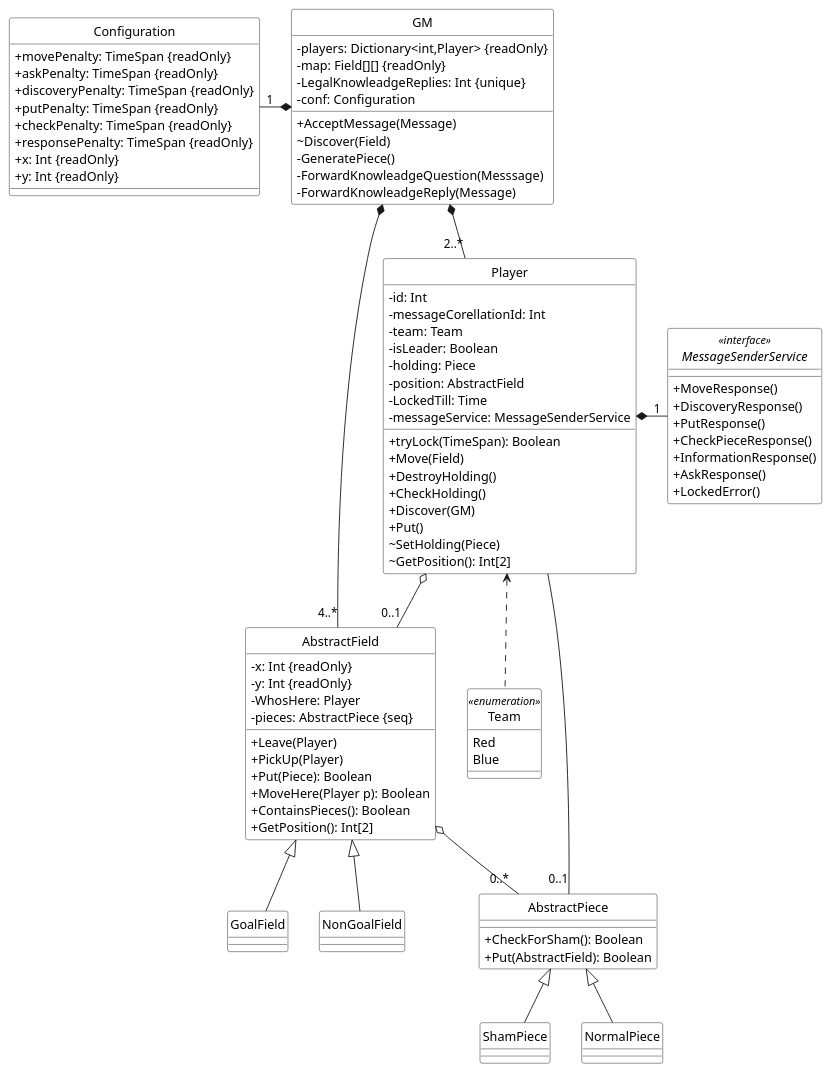
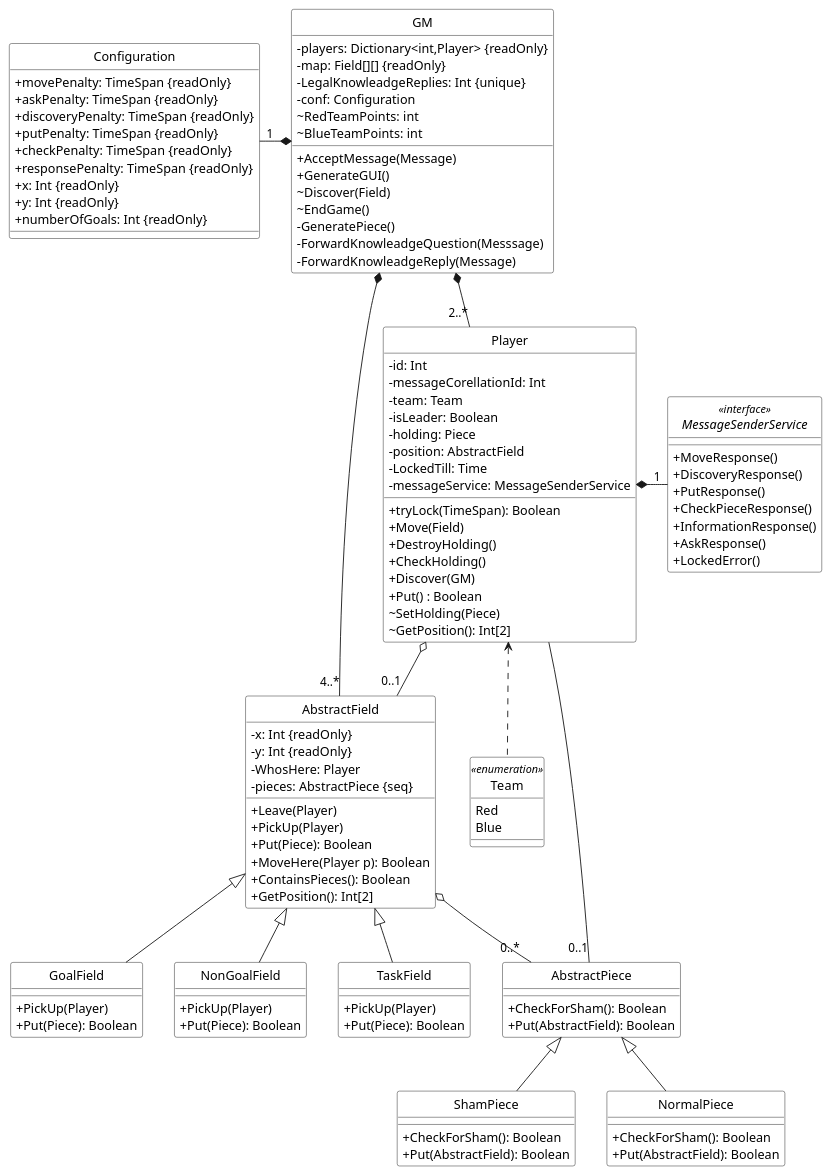
One commit to MINI-IO/IO-project-game changed the diagram in UML/ClassDiagram/GM.puml. Above: the diagram before and after it, drawn with PlantUML. The commit also changed 7 other files, not shown here.

Commit message:
Change Agent class diagram desc

```diff
--- a/UML/ClassDiagram/GM.puml
+++ b/UML/ClassDiagram/GM.puml
@@ -1,115 +1,145 @@
 @startuml
 
 skinparam shadowing false
 skinparam monochrome true
 skinparam classAttributeIconSize 0
 hide circle
 
 skinparam class {
 	BackgroundColor white
 }
 
 AbstractField <|-- GoalField
 AbstractField <|-- NonGoalField
+AbstractField <|-- TaskField
 
 class AbstractField
 {
 - x: Int {readOnly}
 - y: Int {readOnly}
 - WhosHere: Player
 - pieces: AbstractPiece {seq}
 + Leave(Player)
 + PickUp(Player)
 + Put(Piece): Boolean
 + MoveHere(Player p): Boolean
 + ContainsPieces(): Boolean
 + GetPosition(): Int[2]
 }
 
 class GoalField
 {
++ PickUp(Player)
++ Put(Piece): Boolean
+}
+
+class NonGoalField
+{
++ PickUp(Player)
++ Put(Piece): Boolean
+}
+
+class TaskField
+{
++ PickUp(Player)
++ Put(Piece): Boolean
 }
 
 class Configuration
 {
 + movePenalty: TimeSpan {readOnly}
 + askPenalty: TimeSpan {readOnly}
 + discoveryPenalty: TimeSpan {readOnly}
 + putPenalty: TimeSpan {readOnly}
 + checkPenalty: TimeSpan {readOnly}
 + responsePenalty: TimeSpan {readOnly}
 + x: Int {readOnly}
 + y: Int {readOnly}
++ numberOfGoals: Int {readOnly}
 }
 
 GM *-left-"1" Configuration
 
 class GM
 {
-+ AcceptMessage(Message) 
++ AcceptMessage(Message)
++ GenerateGUI()
 ~ Discover(Field)
+~ EndGame()
 - players: Dictionary<int,Player> {readOnly}
 - map: Field[][] {readOnly}
 - LegalKnowleadgeReplies: Int {unique}
 - conf: Configuration
-- GeneratePiece() 
+- GeneratePiece()
 - ForwardKnowleadgeQuestion(Messsage)
 - ForwardKnowleadgeReply(Message)
+~ RedTeamPoints: int
+~ BlueTeamPoints: int
 }
 
 
 enum Team <<enumeration>>
 {
 Red
 Blue
 }
 GM *--"2..*" Player
 Player o--"0..1" AbstractField
 Player *-right-"1" MessageSenderService
 Player <.down. Team
 AbstractField o--"0..*" AbstractPiece
 class Player
 {
 + tryLock(TimeSpan): Boolean
 + Move(Field)
 + DestroyHolding()
 + CheckHolding()
 + Discover(GM)
-+ Put()
++ Put() : Boolean
 ~ SetHolding(Piece)
 ~ GetPosition(): Int[2]
 - id: Int
 - messageCorellationId: Int
 - team: Team
 - isLeader: Boolean
 - holding: Piece
 - position: AbstractField
 - LockedTill: Time
 - messageService: MessageSenderService
 }
 
 interface MessageSenderService <<interface>>
 {
 + MoveResponse()
 + DiscoveryResponse()
 + PutResponse()
 + CheckPieceResponse()
 + InformationResponse()
 + AskResponse()
 + LockedError()
 }
 
 GM *--"4..*" AbstractField
 
 AbstractPiece <|-- ShamPiece
 AbstractPiece <|-- NormalPiece
 
 Player --"0..1" AbstractPiece
 
 class AbstractPiece
 {
 + CheckForSham(): Boolean
 + Put(AbstractField): Boolean
 }
+class ShamPiece
+{
++ CheckForSham(): Boolean
++ Put(AbstractField): Boolean
+}
+class NormalPiece
+{
++ CheckForSham(): Boolean
++ Put(AbstractField): Boolean
+}
 
 @enduml
```
